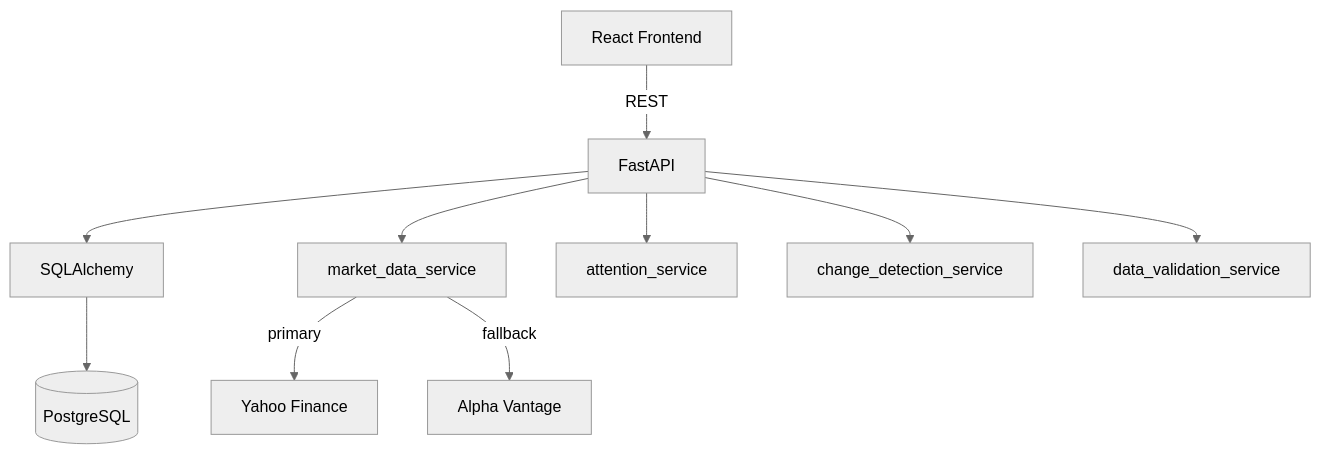
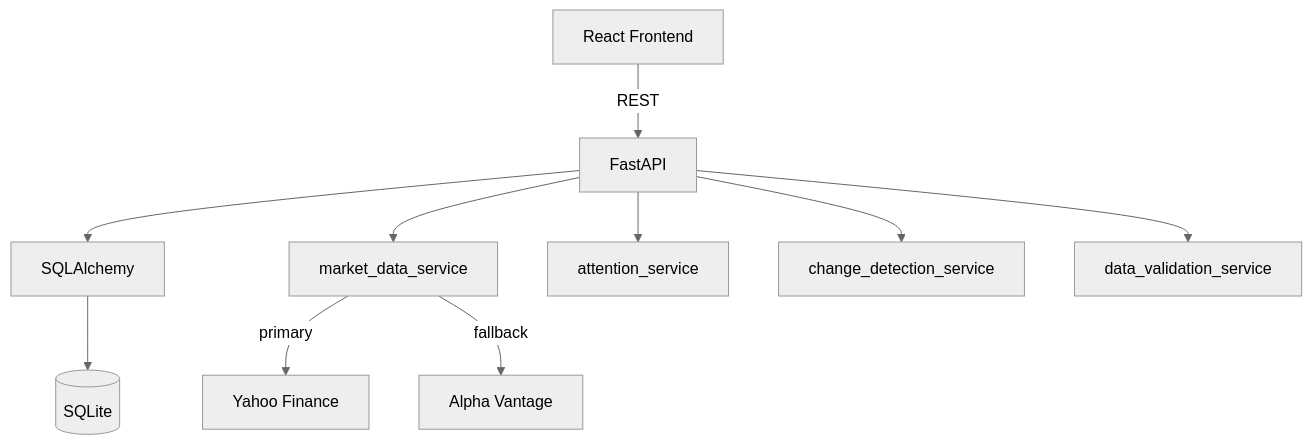
The diagram in README.md (Thanaswi-09/MarketLens), drawn with Mermaid (neutral theme) before and after one commit. The commit also changed other lines of this file, not shown here.

Commit message:
docs: fix README architecture diagram, update database to SQLite

````diff
--- a/README.md
+++ b/README.md
@@ -62,12 +62,12 @@
 ```mermaid
 graph TD
     A[React Frontend] -->|REST| B[FastAPI]
     B --> C[SQLAlchemy]
-    C --> D[(PostgreSQL)]
+    C --> D[(SQLite)]
     B --> E[market_data_service]
     E -->|primary| F[Yahoo Finance]
     E -->|fallback| G[Alpha Vantage]
     B --> H[attention_service]
     B --> I[change_detection_service]
     B --> J[data_validation_service]
 ```
````
